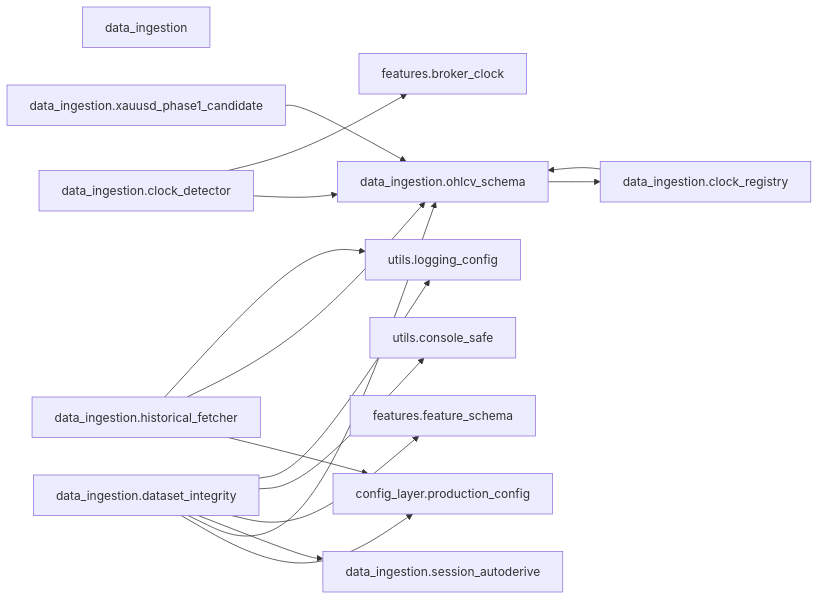
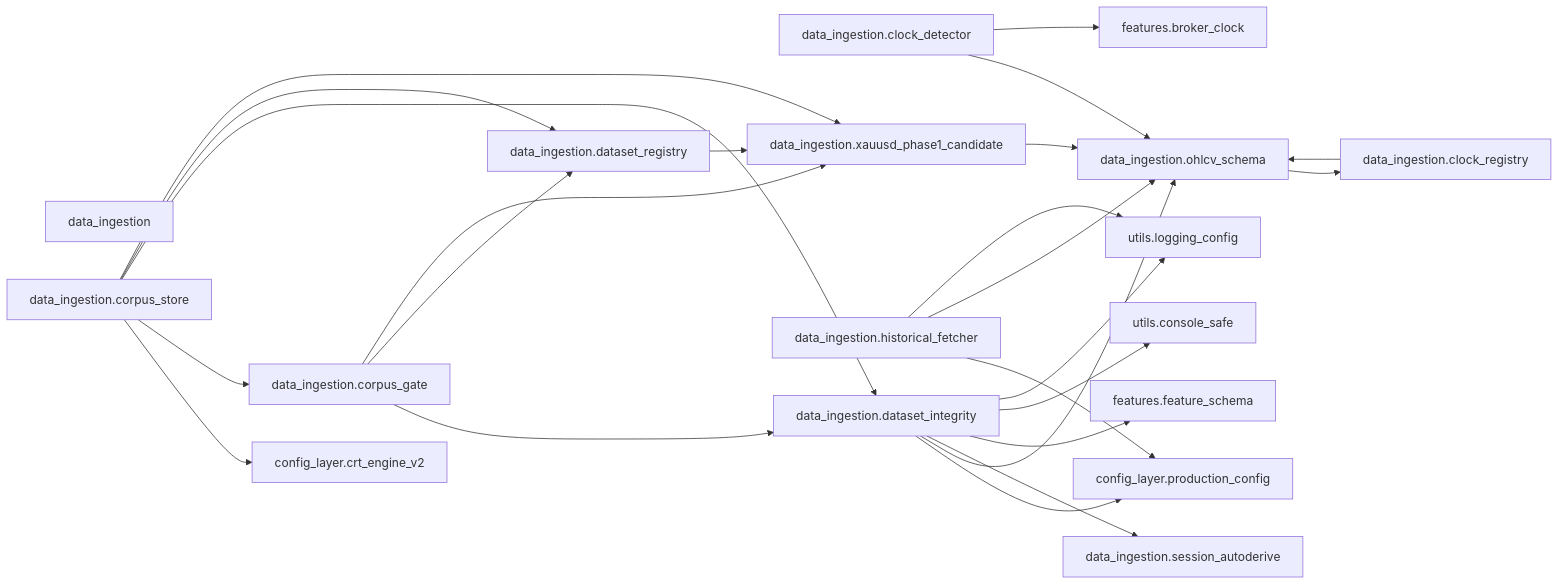
Before and after one commit to Chaithu1995-0312/TradeHlt: the tenth of 41 diagrams in docs/architecture/code-map.generated.md, drawn with Mermaid. The commit also changed other lines of this file and 39 other files, not shown here.

First line of the commit message:
docs: F-064 full-corpus re-measurement, feature-schema walk, architecture map sync

````diff
--- a/docs/architecture/code-map.generated.md
+++ b/docs/architecture/code-map.generated.md
@@ -695,30 +786,43 @@
 ```mermaid
 flowchart LR
     data_ingestion["data_ingestion"]
     data_ingestion_clock_detector["data_ingestion.clock_detector"]
     data_ingestion_clock_registry["data_ingestion.clock_registry"]
+    data_ingestion_corpus_gate["data_ingestion.corpus_gate"]
+    data_ingestion_corpus_store["data_ingestion.corpus_store"]
     data_ingestion_dataset_integrity["data_ingestion.dataset_integrity"]
+    data_ingestion_dataset_registry["data_ingestion.dataset_registry"]
     data_ingestion_historical_fetcher["data_ingestion.historical_fetcher"]
     data_ingestion_ohlcv_schema["data_ingestion.ohlcv_schema"]
     data_ingestion_session_autoderive["data_ingestion.session_autoderive"]
     data_ingestion_xauusd_phase1_candidate["data_ingestion.xauusd_phase1_candidate"]
+    config_layer_crt_engine_v2["config_layer.crt_engine_v2"]
     config_layer_production_config["config_layer.production_config"]
     features_broker_clock["features.broker_clock"]
     features_feature_schema["features.feature_schema"]
     utils_console_safe["utils.console_safe"]
     utils_logging_config["utils.logging_config"]
     data_ingestion_clock_detector --> data_ingestion_ohlcv_schema
     data_ingestion_clock_detector --> features_broker_clock
     data_ingestion_clock_registry --> data_ingestion_ohlcv_schema
+    data_ingestion_corpus_gate --> data_ingestion_dataset_integrity
+    data_ingestion_corpus_gate --> data_ingestion_dataset_registry
+    data_ingestion_corpus_gate --> data_ingestion_xauusd_phase1_candidate
+    data_ingestion_corpus_store --> config_layer_crt_engine_v2
+    data_ingestion_corpus_store --> data_ingestion_corpus_gate
+    data_ingestion_corpus_store --> data_ingestion_dataset_integrity
+    data_ingestion_corpus_store --> data_ingestion_dataset_registry
+    data_ingestion_corpus_store --> data_ingestion_xauusd_phase1_candidate
     data_ingestion_dataset_integrity --> config_layer_production_config
     data_ingestion_dataset_integrity --> data_ingestion_ohlcv_schema
     data_ingestion_dataset_integrity --> data_ingestion_session_autoderive
     data_ingestion_dataset_integrity --> features_feature_schema
     data_ingestion_dataset_integrity --> utils_console_safe
     data_ingestion_dataset_integrity --> utils_logging_config
+    data_ingestion_dataset_registry --> data_ingestion_xauusd_phase1_candidate
     data_ingestion_historical_fetcher --> config_layer_production_config
     data_ingestion_historical_fetcher --> data_ingestion_ohlcv_schema
     data_ingestion_historical_fetcher --> utils_logging_config
     data_ingestion_ohlcv_schema --> data_ingestion_clock_registry
     data_ingestion_xauusd_phase1_candidate --> data_ingestion_ohlcv_schema
 ```
````
